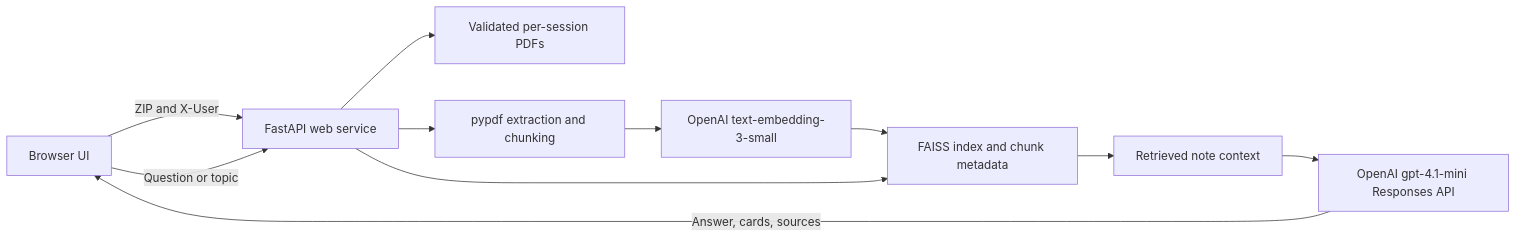
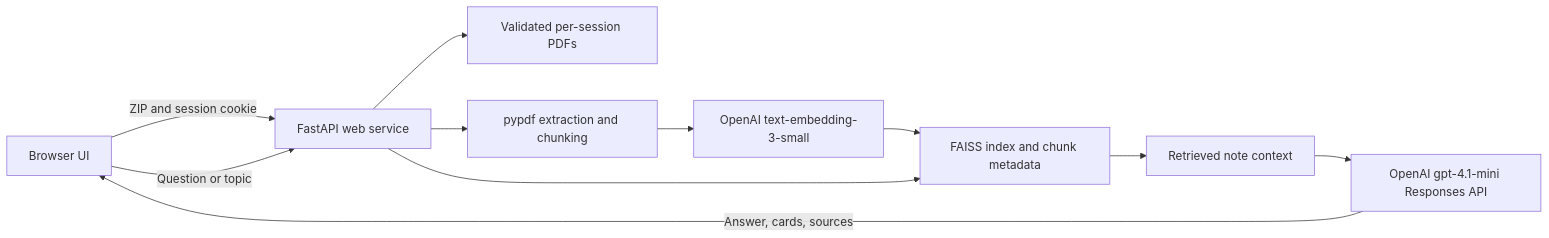
Before and after one commit to ozie123/ot-ai-study-enginev2: the diagram in README.md, drawn with Mermaid. The commit also changed other lines of this file and 15 other files, not shown here.

````diff
--- a/README.md
+++ b/README.md
@@ -24,13 +24,13 @@
 ```mermaid
 flowchart LR
-    Browser["Browser UI"] -->|"ZIP and X-User"| API["FastAPI web service"]
+    Browser["Browser UI"] -->|"ZIP and session cookie"| API["FastAPI web service"]
     API --> Uploads["Validated per-session PDFs"]
     API --> Extract["pypdf extraction and chunking"]
     Extract --> Embed["OpenAI text-embedding-3-small"]
     Embed --> Index["FAISS index and chunk metadata"]
     Browser -->|"Question or topic"| API
     API --> Index
     Index --> Context["Retrieved note context"]
     Context --> Response["OpenAI gpt-4.1-mini Responses API"]
     Response -->|"Answer, cards, sources"| Browser
 ```
````
